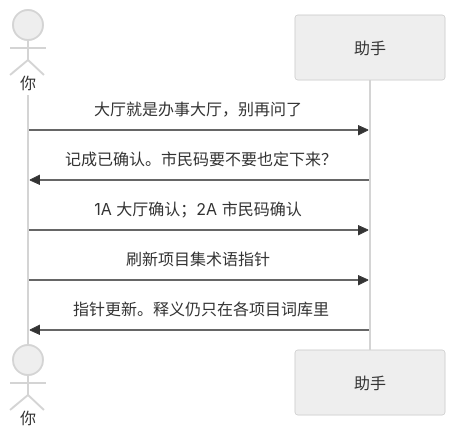
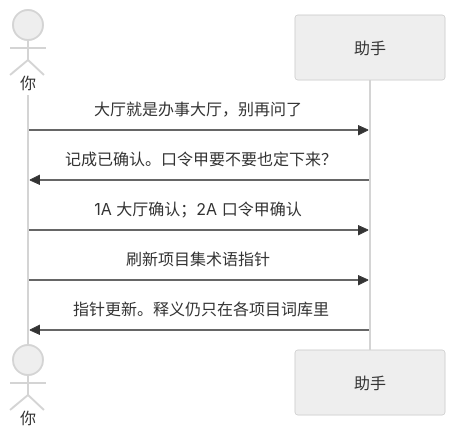
The second of 2 diagrams in examples/15-词库.md (qiusuo0226/chrono-pm-skill), drawn with Mermaid (neutral theme) before and after one commit. The commit also changed other lines of this file and 16 other files, not shown here.

````diff
--- a/examples/15-词库.md
+++ b/examples/15-词库.md
@@ -18,11 +18,11 @@
 ```mermaid
 sequenceDiagram
     actor You as 你
     participant AI as 助手
 
     You->>AI: 大厅就是办事大厅，别再问了
-    AI->>You: 记成已确认。市民码要不要也定下来？
-    You->>AI: 1A 大厅确认；2A 市民码确认
+    AI->>You: 记成已确认。口令甲要不要也定下来？
+    You->>AI: 1A 大厅确认；2A 口令甲确认
     You->>AI: 刷新项目集术语指针
     AI->>You: 指针更新。释义仍只在各项目词库里
 ```
````
